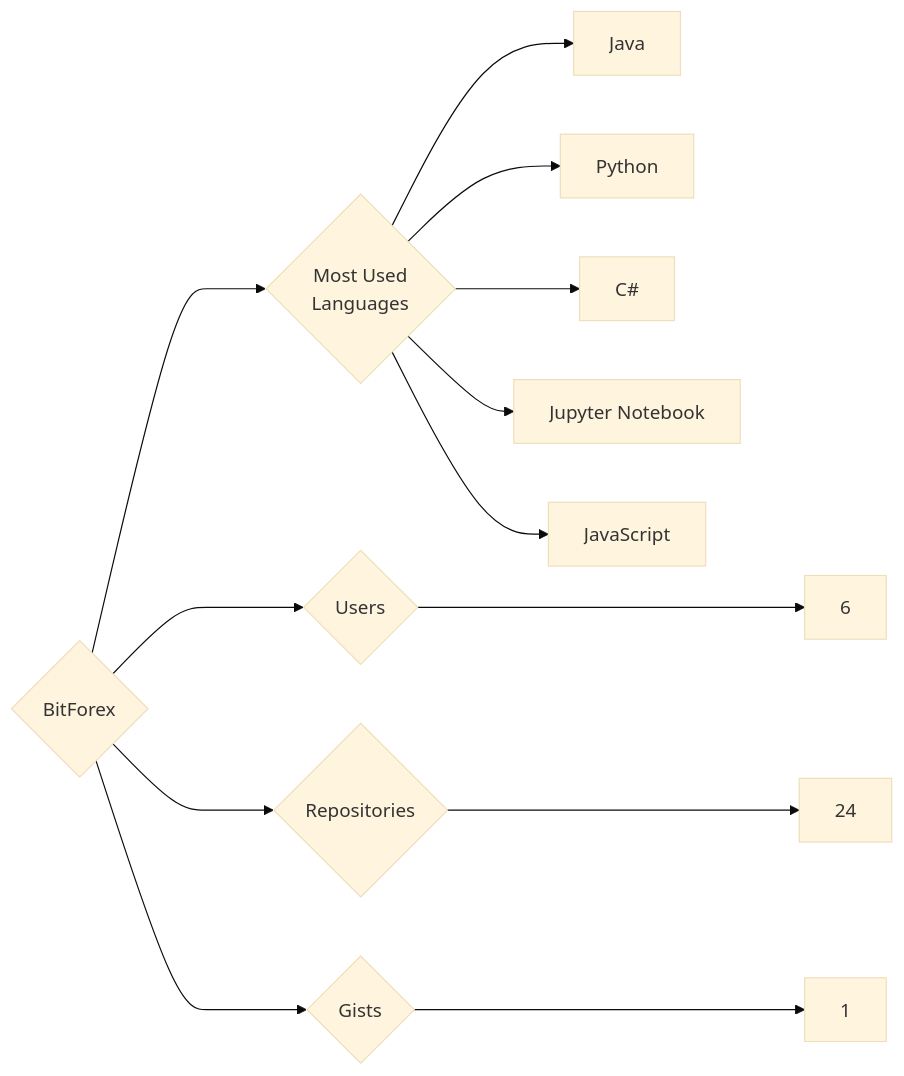
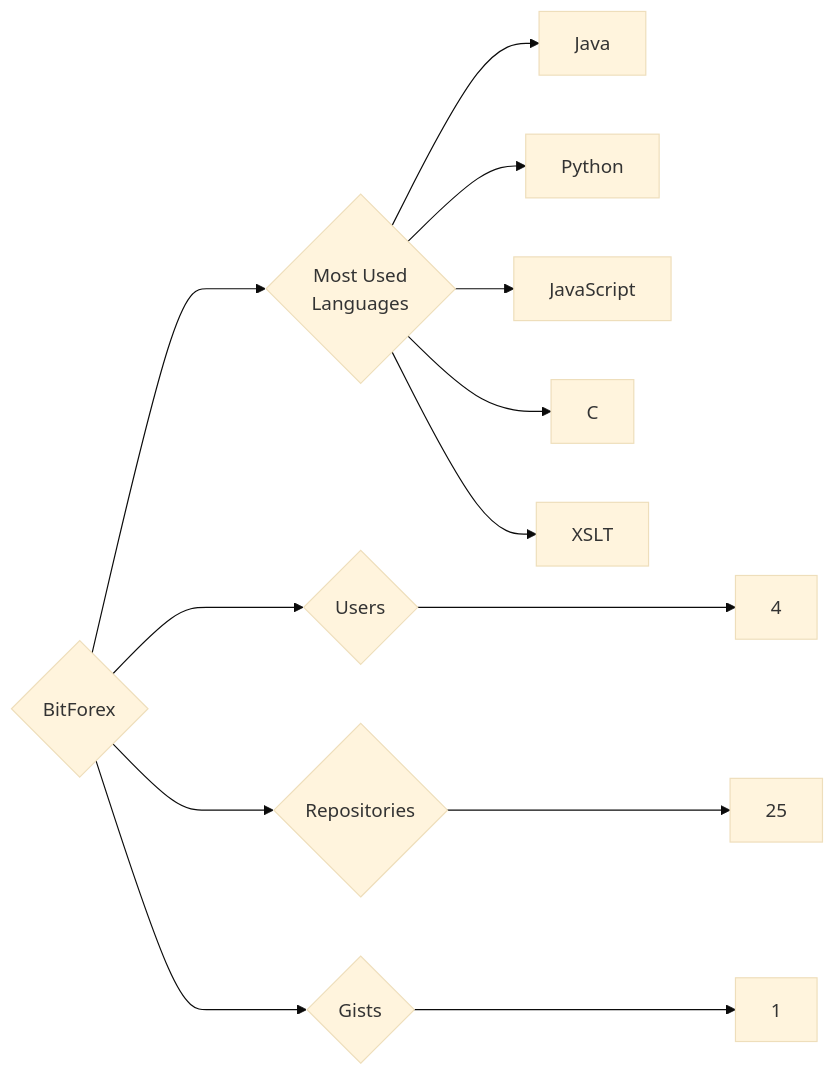
One commit to trickest/insiders changed the diagram in targets/BitForex/README.md. Above: the diagram before and after it, drawn with Mermaid (base theme). The commit also changed 933 other files, not shown here.

````diff
--- a/targets/BitForex/README.md
+++ b/targets/BitForex/README.md
@@ -3,13 +3,13 @@
 ```mermaid
 graph LR
 COMPANY_NAME{BitForex}
-COMPANY_NAME ---> U{Users} ---> UN[6]
-COMPANY_NAME ---> R{Repositories} ---> RN[24]
+COMPANY_NAME ---> U{Users} ---> UN[4]
+COMPANY_NAME ---> R{Repositories} ---> RN[25]
 COMPANY_NAME ---> G{Gists} ---> GN[1]
 COMPANY_NAME ---> ML{Most Used<br>Languages}
 ML --> Java[Java]
 ML --> Python[Python]
-ML --> C#[C#]
-ML --> Jupyter_Notebook[Jupyter Notebook]
 ML --> JavaScript[JavaScript]
+ML --> C[C]
+ML --> XSLT[XSLT]
 ```
````
